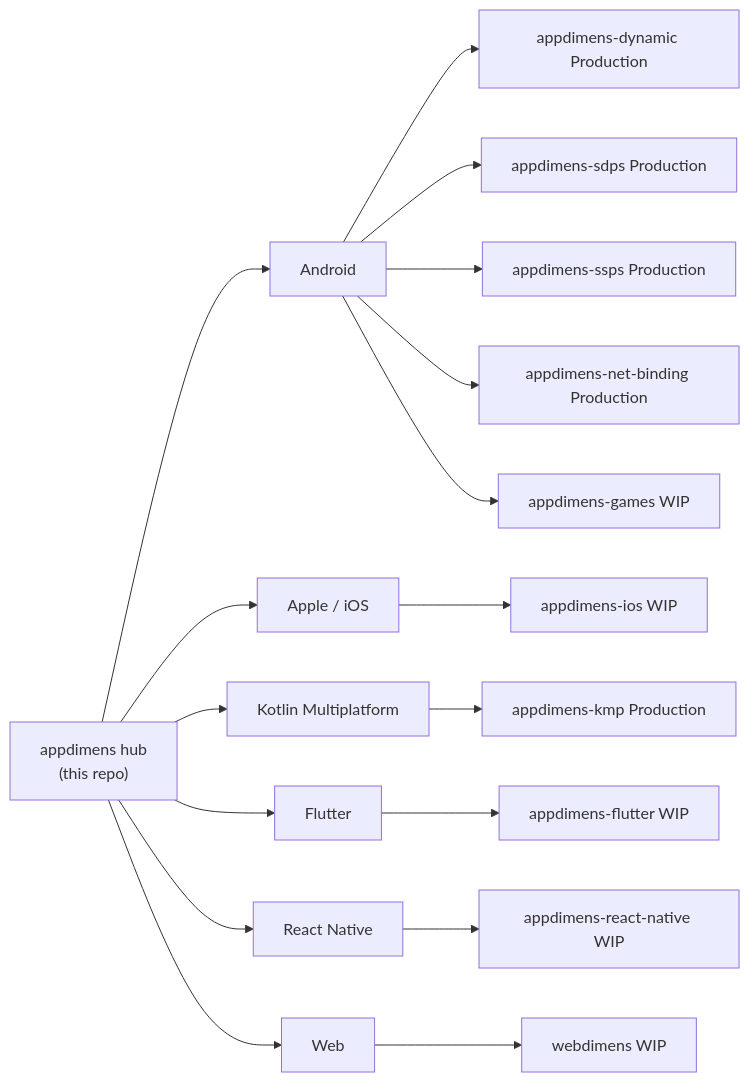
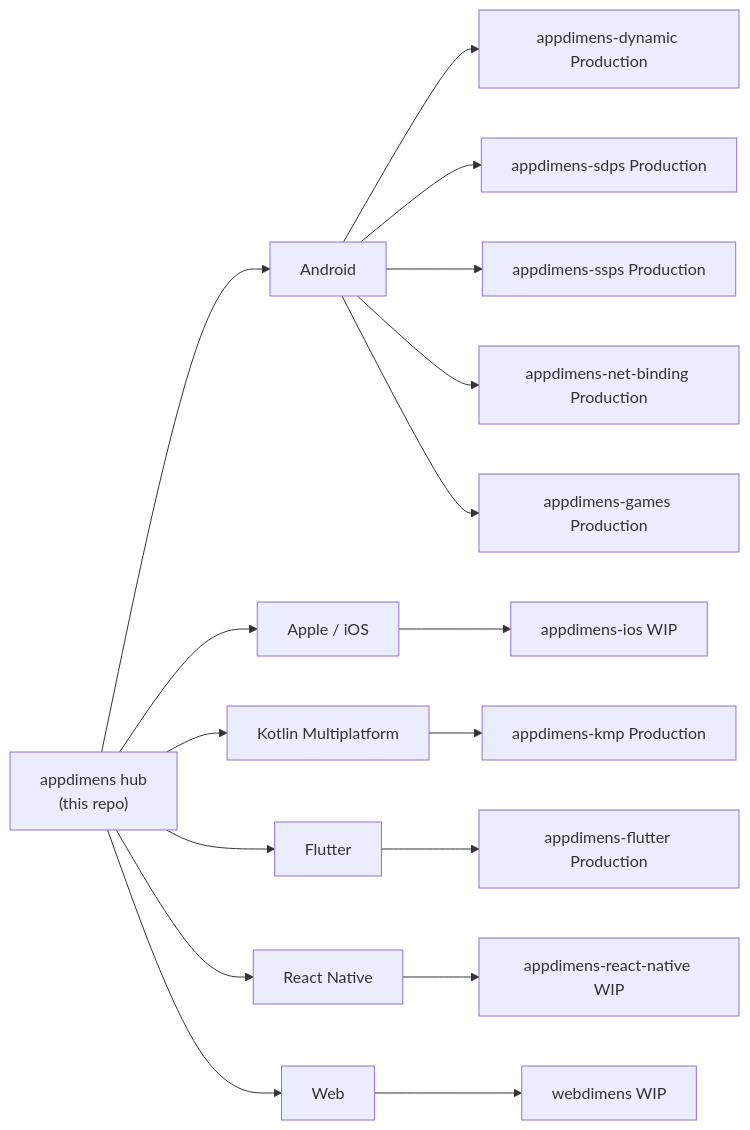
The second of 2 diagrams in README.md (bodenberg/appdimens), drawn with Mermaid before and after one commit. The commit also changed other lines of this file and 3 other files, not shown here.

````diff
--- a/README.md
+++ b/README.md
@@ -398,20 +397,20 @@
 ```mermaid
 flowchart LR
   Hub["appdimens hub<br/>(this repo)"]
   Hub --> AndroidGroup["Android"]
   Hub --> Apple["Apple / iOS"]
   Hub --> KMP["Kotlin Multiplatform"]
   Hub --> Flutter
   Hub --> RN["React Native"]
   Hub --> Web
   AndroidGroup --> dyn["appdimens-dynamic Production"]
   AndroidGroup --> sdps["appdimens-sdps Production"]
   AndroidGroup --> ssps["appdimens-ssps Production"]
   AndroidGroup --> dotnet["appdimens-net-binding Production"]
-  AndroidGroup --> games["appdimens-games WIP"]
+  AndroidGroup --> games["appdimens-games Production"]
   Apple --> ios["appdimens-ios WIP"]
   KMP --> kmpArtifact["appdimens-kmp Production"]
-  Flutter --> flu["appdimens-flutter WIP"]
+  Flutter --> flu["appdimens-flutter Production"]
   RN --> rn["appdimens-react-native WIP"]
   Web --> webdimens["webdimens WIP"]
 ```
````
